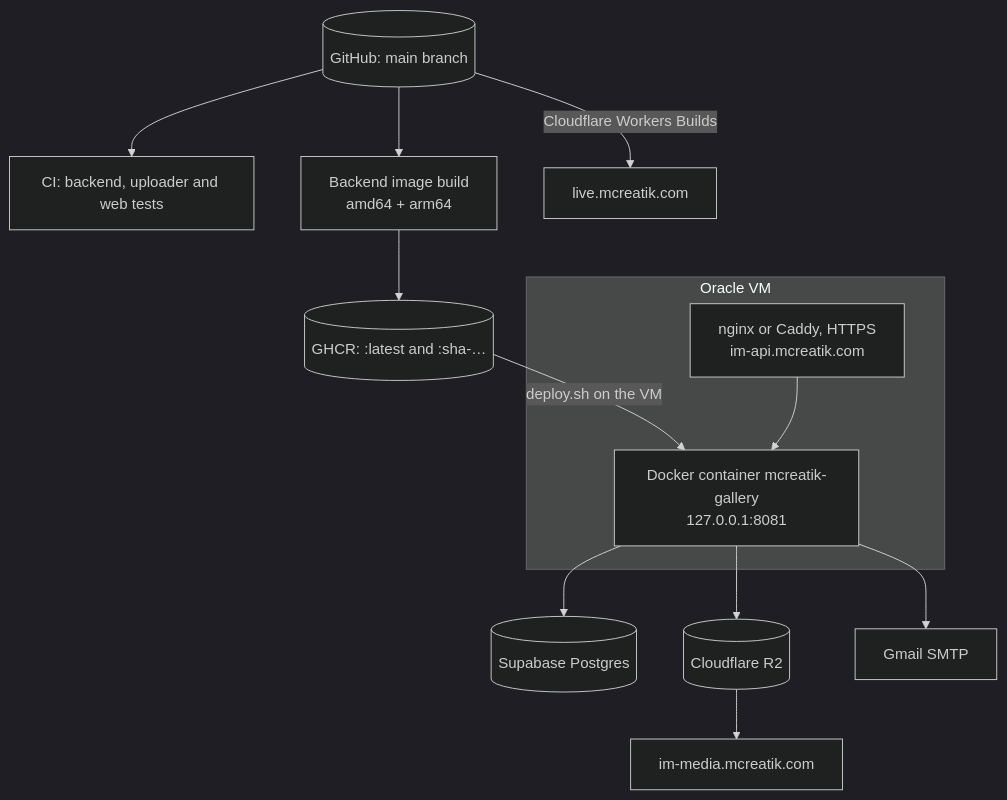
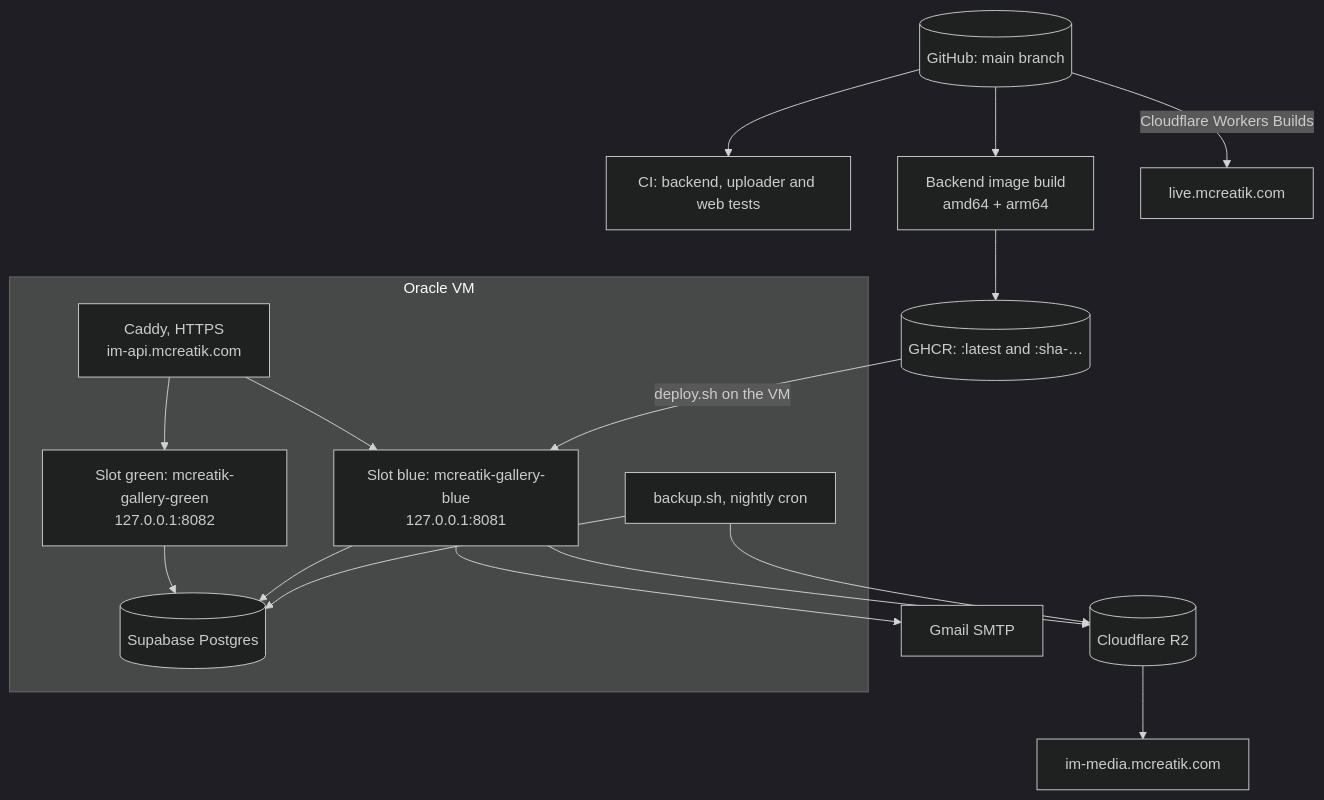
Before and after one commit to MugundhanG/mcreatik-instant-memories: the first of 2 diagrams in backend/src/main/resources/docs/deployment.md, drawn with Mermaid (dark theme). The commit also changed other lines of this file and 24 other files, not shown here.

````diff
--- a/backend/src/main/resources/docs/deployment.md
+++ b/backend/src/main/resources/docs/deployment.md
@@ -7,15 +7,19 @@
 ```mermaid
 flowchart TB
   R[(GitHub: main branch)] --> CI[CI: backend, uploader and web tests]
   R --> IMG[Backend image build<br/>amd64 + arm64]
   R -->|Cloudflare Workers Builds| WEB[live.mcreatik.com]
   IMG --> GHCR[(GHCR: :latest and :sha-…)]
   GHCR -->|deploy.sh on the VM| C
   subgraph VM[Oracle VM]
-    P[nginx or Caddy, HTTPS<br/>im-api.mcreatik.com] --> C[Docker container mcreatik-gallery<br/>127.0.0.1:8081]
+    P[Caddy, HTTPS<br/>im-api.mcreatik.com] --> C[Slot blue: mcreatik-gallery-blue<br/>127.0.0.1:8081]
+    P --> C2[Slot green: mcreatik-gallery-green<br/>127.0.0.1:8082]
+    BK[backup.sh, nightly cron] --> DB
   end
   C --> DB[(Supabase Postgres)]
+  C2 --> DB
+  BK --> R2
   C --> R2[(Cloudflare R2)]
   C --> SMTP[Gmail SMTP]
   R2 --> CDN[im-media.mcreatik.com]
 ```
````
